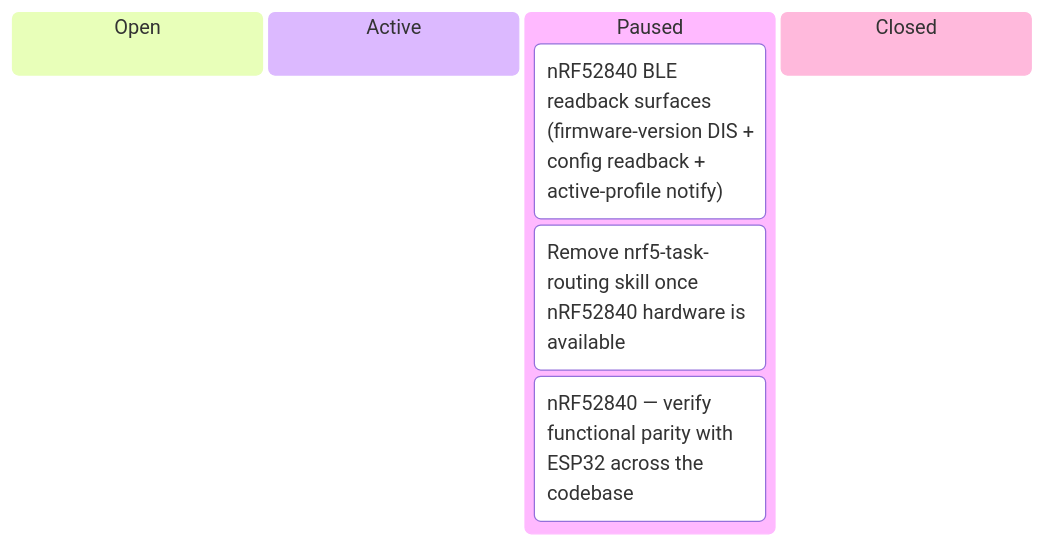
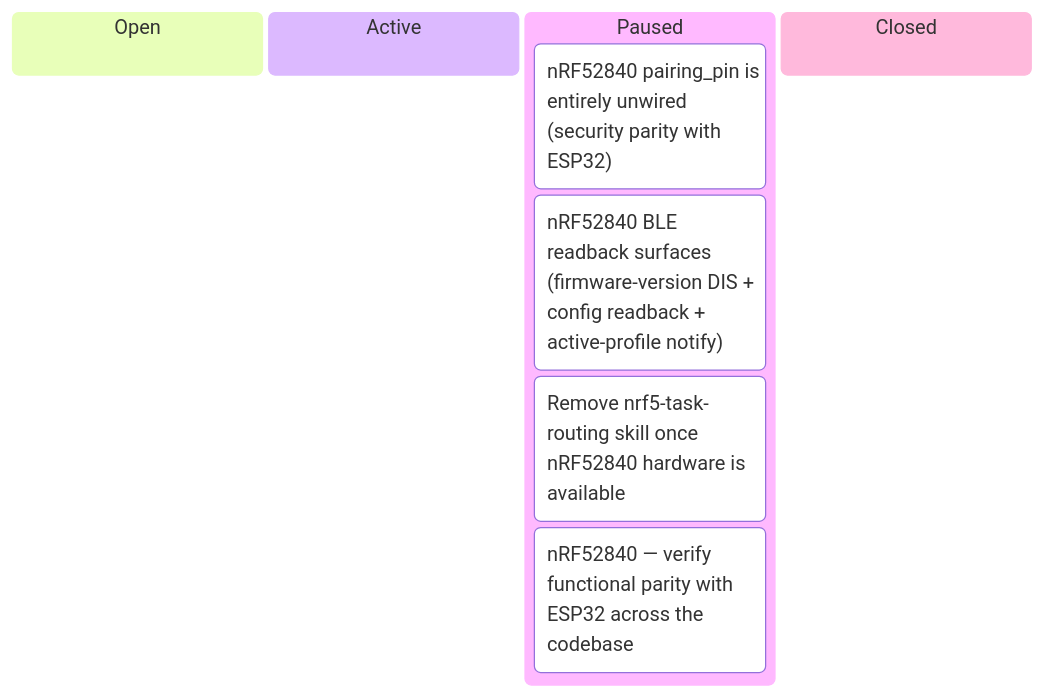
The fourth of 7 diagrams in docs/developers/tasks/KANBAN.md (tgd1975/AwesomeStudioPedal), drawn with Mermaid before and after one commit. The commit also changed other lines of this file and 3 other files, not shown here.

````diff
--- a/docs/developers/tasks/KANBAN.md
+++ b/docs/developers/tasks/KANBAN.md
@@ -54,10 +54,11 @@
 ```mermaid
 kanban
   Open
   Active
   Paused
+    TASK_249["nRF52840 pairing_pin is entirely unwired (security parity with ESP32)"]
     TASK_358["nRF52840 BLE readback surfaces (firmware-version DIS + config readback + active-profile notify)"]
     TASK_359["Remove nrf5-task-routing skill once nRF52840 hardware is available"]
     TASK_360["nRF52840 — verify functional parity with ESP32 across the codebase"]
   Closed
 ```
````
